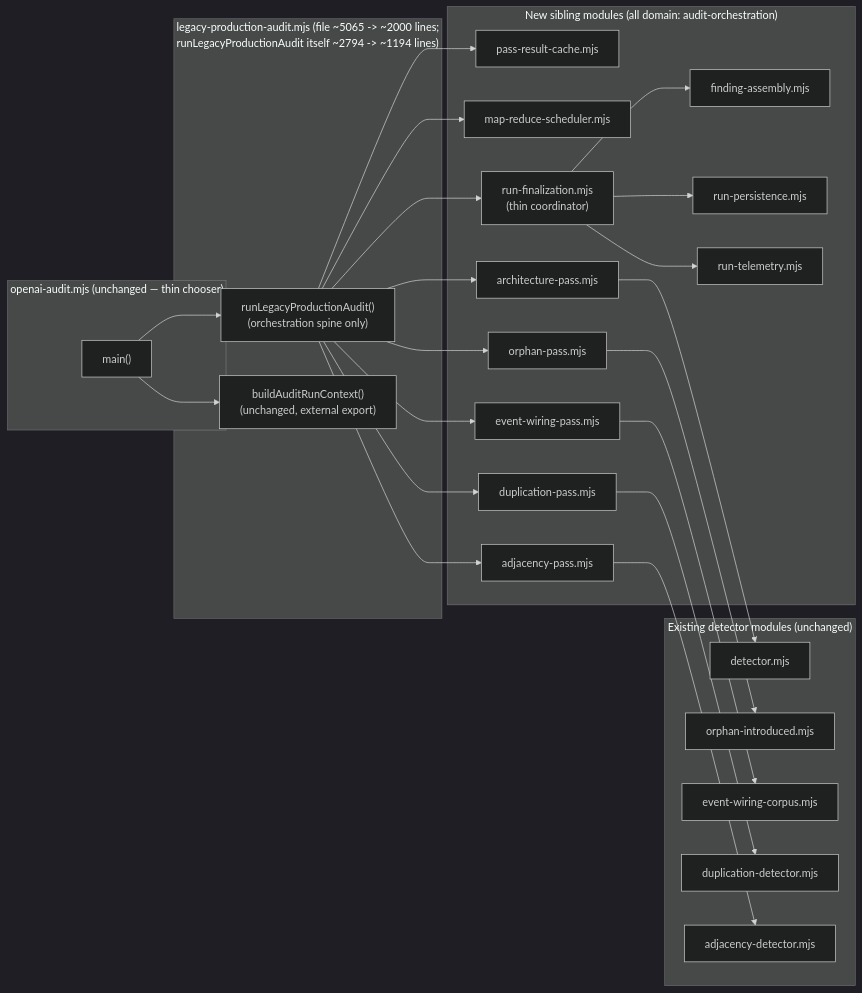
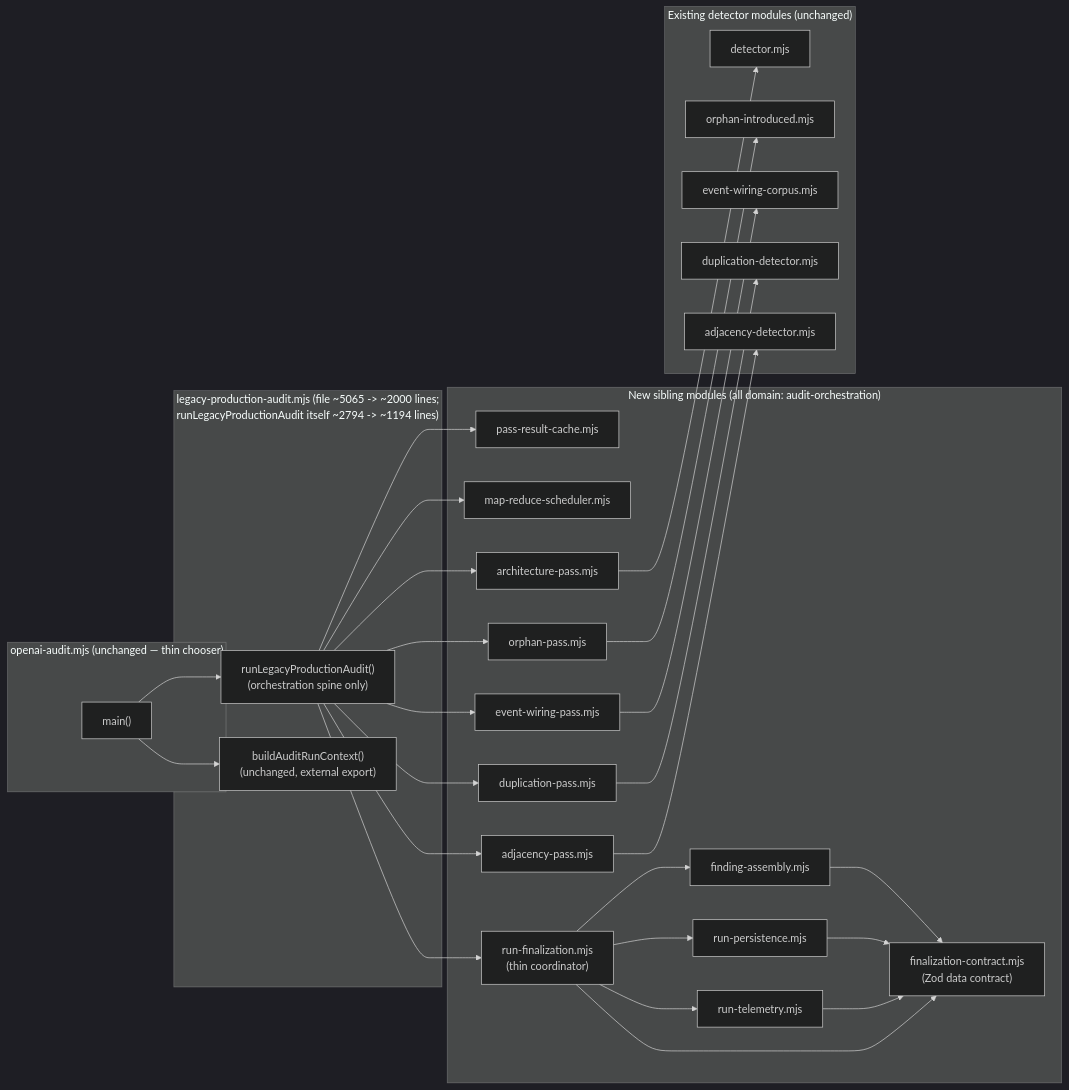
Before and after one commit to Lbstrydom/claude-engineering-skills: the diagram in docs/plans/legacy-production-audit-decomposition.md, drawn with Mermaid (dark theme). The commit also changed other lines of this file and 8 other files, not shown here.

````diff
--- a/docs/plans/legacy-production-audit-decomposition.md
+++ b/docs/plans/legacy-production-audit-decomposition.md
@@ -142,47 +142,52 @@
 ```mermaid
 graph LR
   subgraph Caller["openai-audit.mjs (unchanged — thin chooser)"]
     Main["main()"]
   end
 
   subgraph Orch["legacy-production-audit.mjs (file ~5065 -> ~2000 lines;\nrunLegacyProductionAudit itself ~2794 -> ~1194 lines)"]
     Run["runLegacyProductionAudit()\n(orchestration spine only)"]
     BuildCtx["buildAuditRunContext()\n(unchanged, external export)"]
   end
 
   subgraph New["New sibling modules (all domain: audit-orchestration)"]
     Cache["pass-result-cache.mjs"]
     Sched["map-reduce-scheduler.mjs"]
     ArchPass["architecture-pass.mjs"]
     OrphanPass["orphan-pass.mjs"]
     EventPass["event-wiring-pass.mjs"]
     DupPass["duplication-pass.mjs"]
     AdjPass["adjacency-pass.mjs"]
     Assembly["finding-assembly.mjs"]
     Persist["run-persistence.mjs"]
     Telemetry["run-telemetry.mjs"]
     Coord["run-finalization.mjs\n(thin coordinator)"]
+    Contract["finalization-contract.mjs\n(Zod data contract)"]
   end
 
   subgraph Existing["Existing detector modules (unchanged)"]
     Det["detector.mjs"]
     Orphan["orphan-introduced.mjs"]
     EventCorpus["event-wiring-corpus.mjs"]
     DupDet["duplication-detector.mjs"]
     AdjDet["adjacency-detector.mjs"]
   end
 
   Main --> Run
   Main --> BuildCtx
   Run --> Cache
   Run --> Sched
   Run --> ArchPass --> Det
   Run --> OrphanPass --> Orphan
   Run --> EventPass --> EventCorpus
   Run --> DupPass --> DupDet
   Run --> AdjPass --> AdjDet
   Run --> Coord
   Coord --> Assembly
   Coord --> Persist
   Coord --> Telemetry
+  Assembly --> Contract
+  Persist --> Contract
+  Telemetry --> Contract
+  Coord --> Contract
 ```
````
